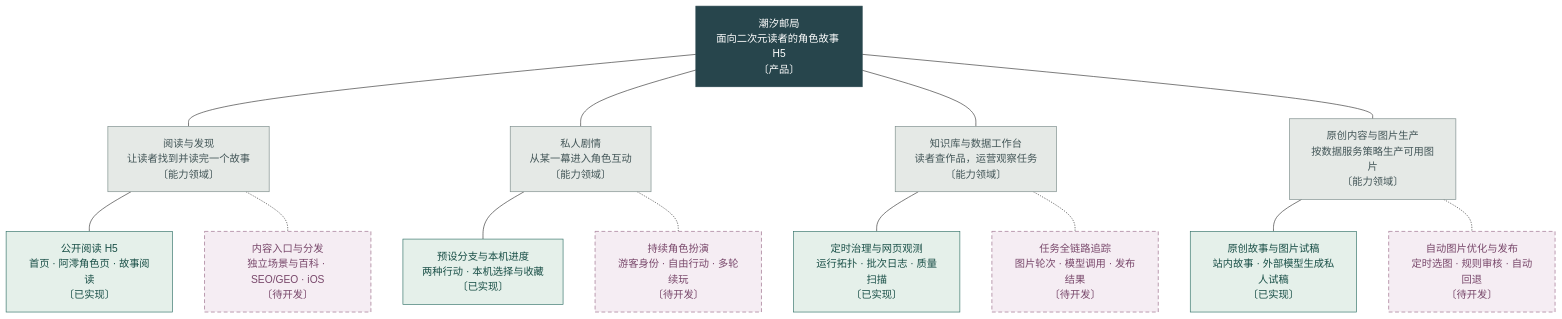
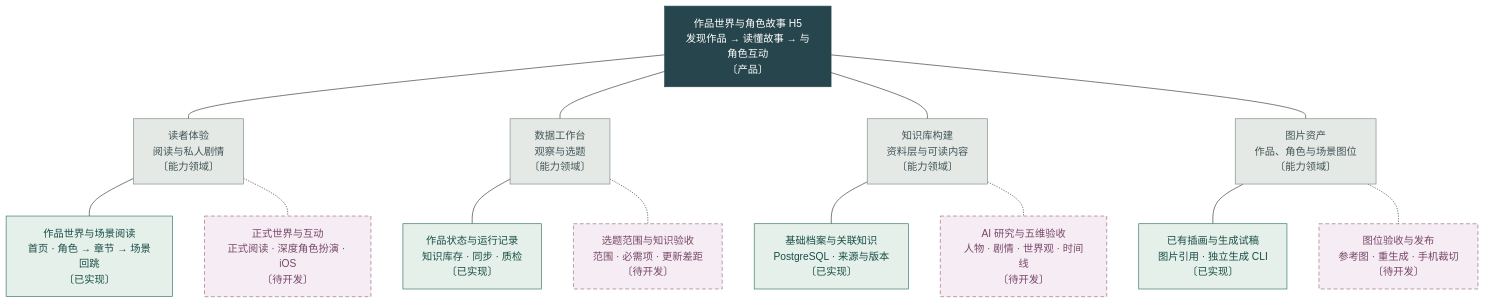
The diagram in docs/diagrams/product.mmd (bluedao10000/player), drawn with Mermaid before and after one commit. The commit also changed 121 other files, not shown here.

Commit message:
接入作品世界、Pi 分集取证与图片验收发布

```diff
--- a/docs/diagrams/product.mmd
+++ b/docs/diagrams/product.mmd
@@ -1,32 +1,32 @@
 %% 潮汐邮局 · 产品架构图 · 2026-11-18
 flowchart TB
-  site["潮汐邮局<br/>面向二次元读者的角色故事 H5<br/>〔产品〕"]:::brand
-  read["阅读与发现<br/>让读者找到并读完一个故事<br/>〔能力领域〕"]:::area
-  read1["公开阅读 H5<br/>首页 · 阿澪角色页 · 故事阅读<br/>〔已实现〕"]:::live
-  read2["内容入口与分发<br/>独立场景与百科 · SEO/GEO · iOS<br/>〔待开发〕"]:::planned
-  play["私人剧情<br/>从某一幕进入角色互动<br/>〔能力领域〕"]:::area
-  play1["预设分支与本机进度<br/>两种行动 · 本机选择与收藏<br/>〔已实现〕"]:::live
-  play2["持续角色扮演<br/>游客身份 · 自由行动 · 多轮续玩<br/>〔待开发〕"]:::planned
-  know["知识库与数据工作台<br/>读者查作品，运营观察任务<br/>〔能力领域〕"]:::area
-  know1["定时治理与网页观测<br/>运行拓扑 · 批次日志 · 质量扫描<br/>〔已实现〕"]:::live
-  know2["任务全链路追踪<br/>图片轮次 · 模型调用 · 发布结果<br/>〔待开发〕"]:::planned
-  edit["原创内容与图片生产<br/>按数据服务策略生产可用图片<br/>〔能力领域〕"]:::area
-  edit1["原创故事与图片试稿<br/>站内故事 · 外部模型生成私人试稿<br/>〔已实现〕"]:::live
-  edit2["自动图片优化与发布<br/>定时选图 · 规则审核 · 自动回退<br/>〔待开发〕"]:::planned
+  site["作品世界与角色故事 H5<br/>发现作品 → 读懂故事 → 与角色互动<br/>〔产品〕"]:::brand
+  read["读者体验<br/>阅读与私人剧情<br/>〔能力领域〕"]:::area
+  read1["作品世界与场景阅读<br/>首页 · 角色 → 章节 → 场景回跳<br/>〔已实现〕"]:::live
+  read2["正式世界与互动<br/>正式阅读 · 深度角色扮演 · iOS<br/>〔待开发〕"]:::planned
+  ops["数据工作台<br/>观察与选题<br/>〔能力领域〕"]:::area
+  ops1["作品状态与运行记录<br/>知识库存 · 同步 · 质检<br/>〔已实现〕"]:::live
+  ops2["选题范围与知识验收<br/>范围 · 必需项 · 更新差距<br/>〔待开发〕"]:::planned
+  world["知识库构建<br/>资料层与可读内容<br/>〔能力领域〕"]:::area
+  world1["基础档案与关联知识<br/>PostgreSQL · 来源与版本<br/>〔已实现〕"]:::live
+  world2["AI 研究与五维验收<br/>人物 · 剧情 · 世界观 · 时间线<br/>〔待开发〕"]:::planned
+  media["图片资产<br/>作品、角色与场景图位<br/>〔能力领域〕"]:::area
+  media1["已有插画与生成试稿<br/>图片引用 · 独立生成 CLI<br/>〔已实现〕"]:::live
+  media2["图位验收与发布<br/>参考图 · 重生成 · 手机裁切<br/>〔待开发〕"]:::planned
   site --- read
   read --- read1
   read -.- read2
-  site --- play
-  play --- play1
-  play -.- play2
-  site --- know
-  know --- know1
-  know -.- know2
-  site --- edit
-  edit --- edit1
-  edit -.- edit2
+  site --- ops
+  ops --- ops1
+  ops -.- ops2
+  site --- world
+  world --- world1
+  world -.- world2
+  site --- media
+  media --- media1
+  media -.- media2
   classDef live fill:#e5f0ea,stroke:#317167,color:#184e46
   classDef planned fill:#f5edf3,stroke:#986987,color:#78476a,stroke-dasharray:6 4
   classDef external fill:#f2eadb,stroke:#aa8954,color:#765929
   classDef area fill:#e5e9e6,stroke:#7a8b89,color:#425557
   classDef brand fill:#27454c,stroke:#27454c,color:#ffffff
```
